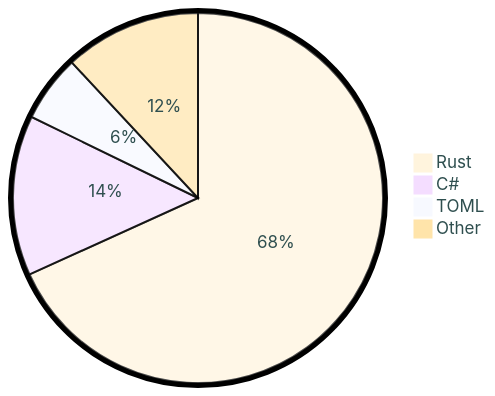
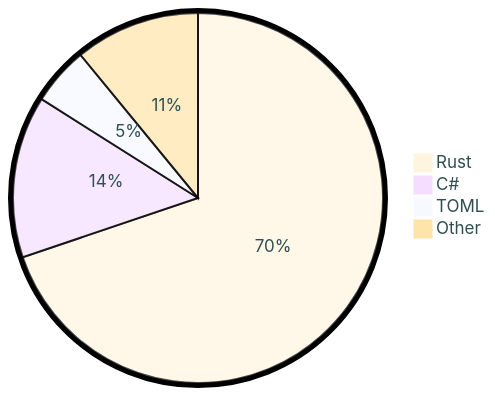
The diagram in README.md (tot0p/tot0p), drawn with Mermaid before and after one commit. The commit also changed other lines of this file, not shown here.

````diff
--- a/README.md
+++ b/README.md
@@ -81,8 +84,8 @@
 ```mermaid
 %%{init: {"pie": {"textPosition": 0.5}, "themeVariables": {"pieOuterStrokeWidth": "5px","primaryTextColor" : "#2F4F4F"},"theme":"base"} }%%
 pie
-	"Rust": 68.23
-	"C#": 13.99
-	"TOML": 5.86
-	"Other": 11.93
+	"Rust": 69.81
+	"C#": 14.16
+	"TOML": 5.09
+	"Other": 10.94
 ```
````
